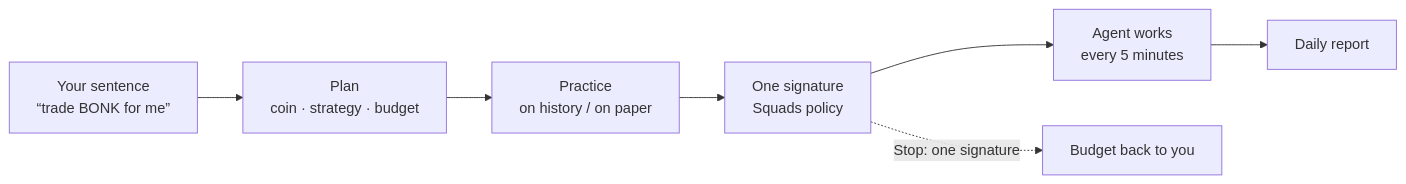
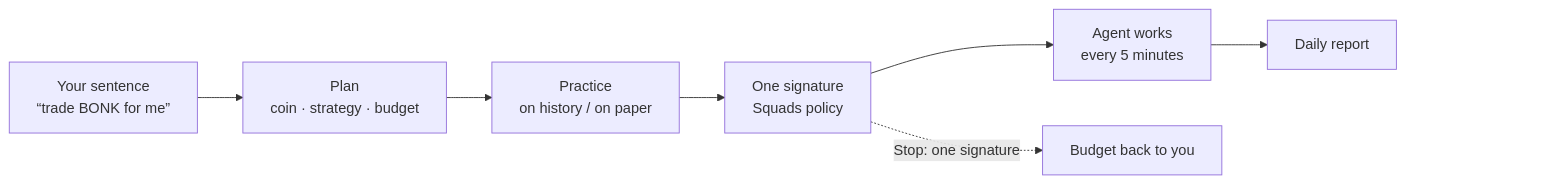
Before and after one commit to ryntra-io/ryntra-solana: the sixth of 14 diagrams in LEARN.md, drawn with Mermaid. The commit also changed other lines of this file and 1717 other files, not shown here.

````diff
--- a/LEARN.md
+++ b/LEARN.md
@@ -277,9 +290,12 @@
 ```mermaid
 flowchart LR
   A["Your sentence<br/>“trade BONK for me”"] --> B["Plan<br/>coin · strategy · budget"]
   B --> C["Practice<br/>on history / on paper"]
   C --> D["One signature<br/>Squads policy"]
   D --> E["Agent works<br/>every 5 minutes"]
   E --> F["Daily report"]
   D -. "Stop: one signature" .-> G["Budget back to you"]
+  %% An empty block: GitHub draws its pan and zoom buttons over a diagram's bottom right corner.
+  F ~~~ room["#8195;#8195;#8195;#8195;"]
+  style room fill:none,stroke:none
 ```
````
